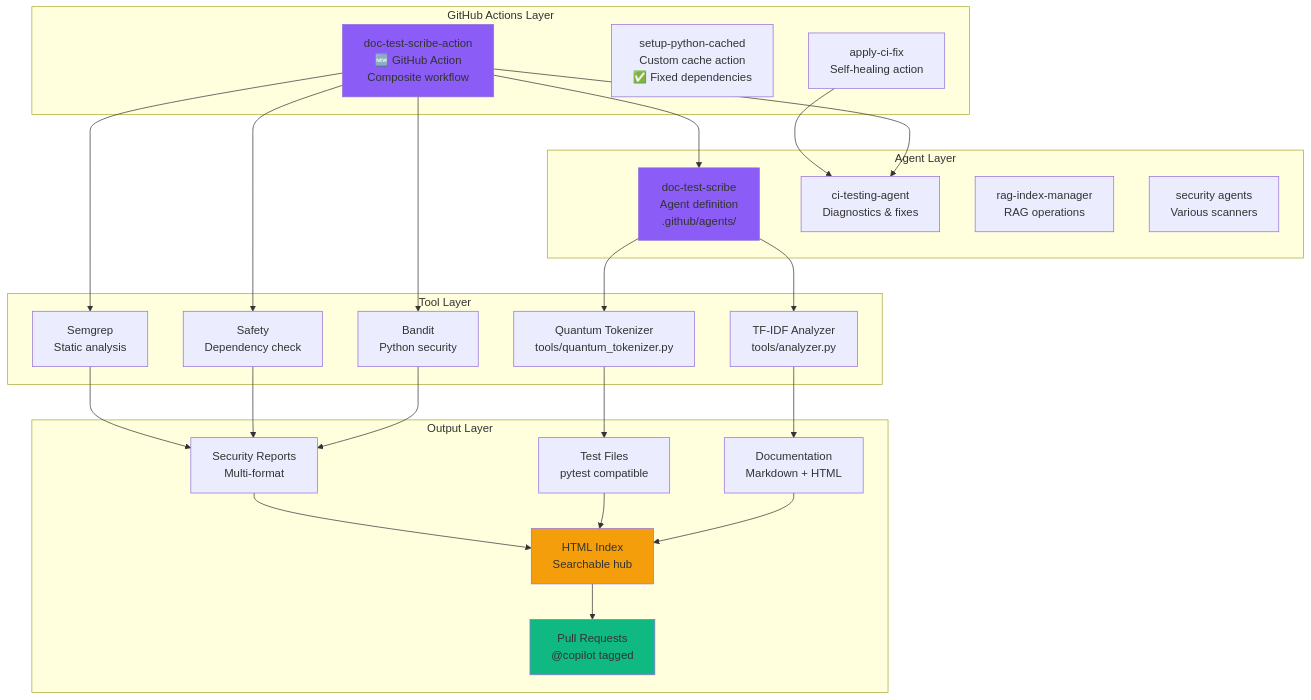
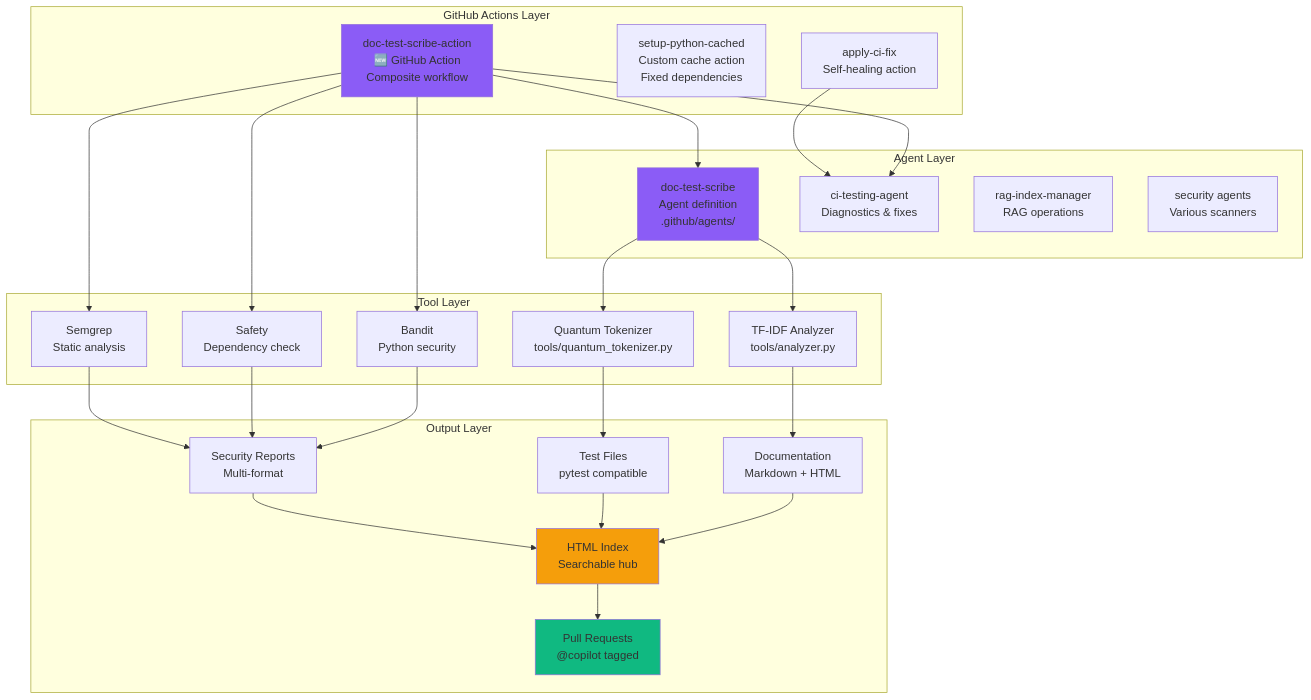
One commit to Aries-Serpent/_codex_ changed the seventh of 13 diagrams in docs/guides/REPOSITORY_ARCHITECTURE_DIAGRAMS.md. Above: the diagram before and after it, drawn with Mermaid. The commit also changed other lines of this file and 2029 other files, not shown here.

First line of the commit message:
Publish DEPLOYMENT_GUIDE on site and remove GitHub repo links from deployed docs (#5297)

````diff
--- a/docs/guides/REPOSITORY_ARCHITECTURE_DIAGRAMS.md
+++ b/docs/guides/REPOSITORY_ARCHITECTURE_DIAGRAMS.md
@@ -397,62 +399,62 @@
 ```mermaid
-%%{init: {'accessibility': {'title': 'Diagram showing doc-test-scribe-action<br/>🆕 GitHub Action<br/>Composite workflow, setup-python-cached<br/>Custom cache action<br/>✅ Fixed dependencies'}}%%
+%%{init: {'accessibility': {'title': 'Diagram showing doc-test-scribe-action<br/>🆕 GitHub Action<br/>Composite workflow, setup-python-cached<br/>Custom cache action<br/> Fixed dependencies'}}%%
 graph TB
     subgraph "GitHub Actions Layer"
         DTS_ACTION[doc-test-scribe-action<br/>🆕 GitHub Action<br/>Composite workflow]
-        SPC_ACTION[setup-python-cached<br/>Custom cache action<br/>✅ Fixed dependencies]
+        SPC_ACTION[setup-python-cached<br/>Custom cache action<br/> Fixed dependencies]
         FIX_ACTION[apply-ci-fix<br/>Self-healing action]
     end
 
     subgraph "Agent Layer"
         DTS_AGENT[doc-test-scribe<br/>Agent definition<br/>.github/agents/]
         CI_AGENT[ci-testing-agent<br/>Diagnostics & fixes]
         RAG_AGENT[rag-index-manager<br/>RAG operations]
         SEC_AGENT[security agents<br/>Various scanners]
     end
 
     subgraph "Tool Layer"
         ANALYZER[TF-IDF Analyzer<br/>tools/analyzer.py]
         TOKENIZER[Quantum Tokenizer<br/>tools/quantum_tokenizer.py]
         BANDIT[Bandit<br/>Python security]
         SAFETY[Safety<br/>Dependency check]
         SEMGREP[Semgrep<br/>Static analysis]
     end
 
     subgraph "Output Layer"
         DOCS[Documentation<br/>Markdown + HTML]
         TESTS[Test Files<br/>pytest compatible]
         INDEX[HTML Index<br/>Searchable hub]
         REPORTS[Security Reports<br/>Multi-format]
         PRS[Pull Requests<br/>@copilot tagged]
     end
 
     %% Action to Agent connections
     DTS_ACTION --> DTS_AGENT
     DTS_ACTION --> CI_AGENT
     FIX_ACTION --> CI_AGENT
 
     %% Agent to Tool connections
     DTS_AGENT --> ANALYZER
     DTS_AGENT --> TOKENIZER
     DTS_ACTION --> BANDIT
     DTS_ACTION --> SAFETY
     DTS_ACTION --> SEMGREP
 
     %% Tool to Output connections
     ANALYZER --> DOCS
     TOKENIZER --> TESTS
     BANDIT --> REPORTS
     SAFETY --> REPORTS
     SEMGREP --> REPORTS
 
     DOCS --> INDEX
     TESTS --> INDEX
     REPORTS --> INDEX
 
     INDEX --> PRS
 
     style DTS_ACTION fill:#8b5cf6
     style DTS_AGENT fill:#8b5cf6
     style INDEX fill:#f59e0b
     style PRS fill:#10b981
 ```
````
